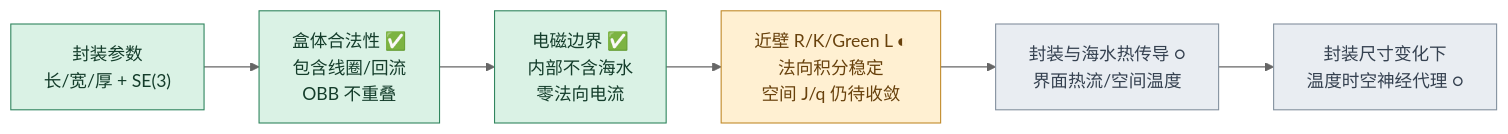
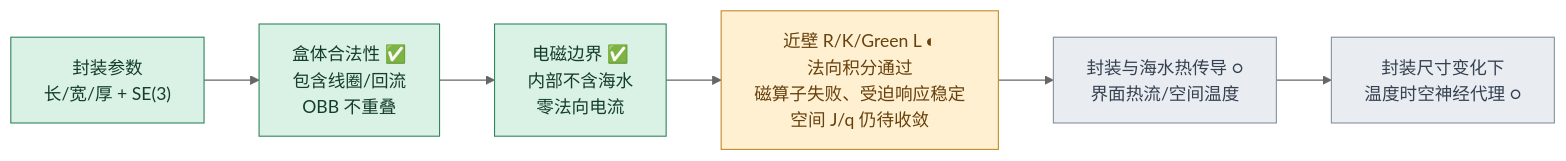
The second of 3 diagrams in docs/research/bfzi_uwpt_electrothermal/PROJECT_PROGRESS.md (AliceThunder/SDFMPNEO), drawn with Mermaid (neutral theme) before and after one commit. The commit also changed other lines of this file, not shown here.

Commit message:
docs(BFZI): update progress graphs and gate statuses for measured 207 magnetic A/B and pending 229 targeted trial

````diff
--- a/docs/research/bfzi_uwpt_electrothermal/PROJECT_PROGRESS.md
+++ b/docs/research/bfzi_uwpt_electrothermal/PROJECT_PROGRESS.md
@@ -89,14 +89,14 @@
 ```mermaid
 flowchart LR
     P["封装参数<br/>长/宽/厚 + SE(3)"] --> G["盒体合法性 ✅<br/>包含线圈/回流<br/>OBB 不重叠"]
     G --> E["电磁边界 ✅<br/>内部不含海水<br/>零法向电流"]
-    E --> Q["近壁 R/K/Green L ◐<br/>法向积分稳定<br/>空间 J/q 仍待收敛"]
+    E --> Q["近壁 R/K/Green L ◐<br/>法向积分通过<br/>磁算子失败、受迫响应稳定<br/>空间 J/q 仍待收敛"]
     Q --> H["封装与海水热传导 ○<br/>界面热流/空间温度"]
     H --> N["封装尺寸变化下<br/>温度时空神经代理 ○"]
     classDef ready fill:#daf2e5,stroke:#30855e,color:#143d2b
     classDef ongoing fill:#fff0d2,stroke:#c18a2a,color:#68410c
     classDef next fill:#e9edf2,stroke:#83909e,color:#354150
     class P,G,E ready
     class Q ongoing
     class H,N next
 ```
````
